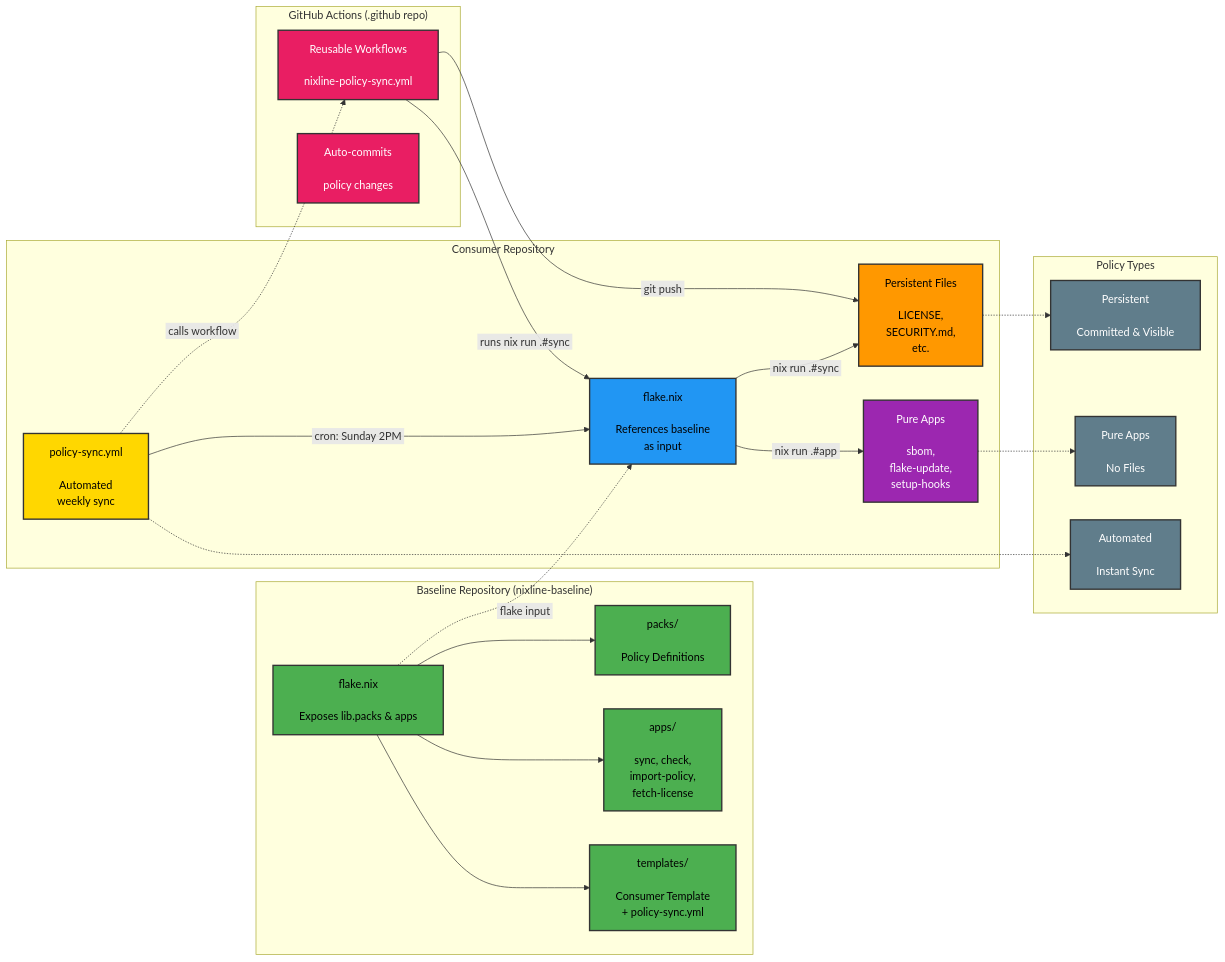
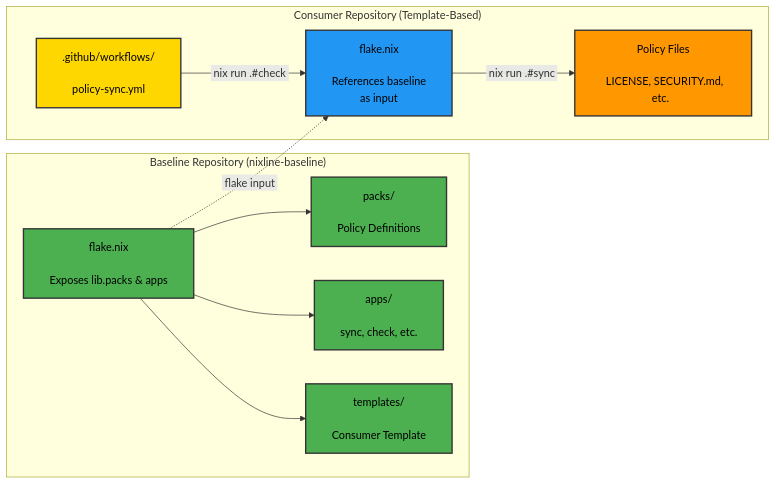
One commit to NixLine-org/nixline-baseline changed the first of 2 diagrams in README.md. Above: the diagram before and after it, drawn with Mermaid. The commit also changed other lines of this file, not shown here.

````diff
--- a/README.md
+++ b/README.md
@@ -48,55 +85,30 @@
 ```mermaid
 graph LR
     subgraph baseline["&nbsp;&nbsp;&nbsp;&nbsp;Baseline Repository (nixline-baseline)&nbsp;&nbsp;&nbsp;&nbsp;"]
         B1["&nbsp;&nbsp;flake.nix&nbsp;&nbsp;<br/>&nbsp;<br/>&nbsp;&nbsp;Exposes lib.packs & apps&nbsp;&nbsp;"]
         B2["&nbsp;&nbsp;packs/&nbsp;&nbsp;<br/>&nbsp;<br/>&nbsp;&nbsp;Policy Definitions&nbsp;&nbsp;"]
-        B3["&nbsp;&nbsp;apps/&nbsp;&nbsp;<br/>&nbsp;<br/>&nbsp;&nbsp;sync, check,&nbsp;&nbsp;<br/>&nbsp;&nbsp;import-policy,&nbsp;&nbsp;<br/>&nbsp;&nbsp;fetch-license&nbsp;&nbsp;"]
-        B4["&nbsp;&nbsp;templates/&nbsp;&nbsp;<br/>&nbsp;<br/>&nbsp;&nbsp;Consumer Template&nbsp;&nbsp;<br/>&nbsp;&nbsp;+ policy-sync.yml&nbsp;&nbsp;"]
+        B3["&nbsp;&nbsp;apps/&nbsp;&nbsp;<br/>&nbsp;<br/>&nbsp;&nbsp;sync, check, etc.&nbsp;&nbsp;"]
+        B4["&nbsp;&nbsp;templates/&nbsp;&nbsp;<br/>&nbsp;<br/>&nbsp;&nbsp;Consumer Template&nbsp;&nbsp;"]
         B1 --> B2
         B1 --> B3
         B1 --> B4
     end
 
-    subgraph consumer["&nbsp;&nbsp;&nbsp;&nbsp;Consumer Repository&nbsp;&nbsp;&nbsp;&nbsp;"]
+    subgraph consumer["&nbsp;&nbsp;&nbsp;&nbsp;Consumer Repository (Template-Based)&nbsp;&nbsp;&nbsp;&nbsp;"]
         C1["&nbsp;&nbsp;flake.nix&nbsp;&nbsp;<br/>&nbsp;<br/>&nbsp;&nbsp;References baseline&nbsp;&nbsp;<br/>&nbsp;&nbsp;as input&nbsp;&nbsp;"]
-        C2["&nbsp;&nbsp;Persistent Files&nbsp;&nbsp;<br/>&nbsp;<br/>&nbsp;&nbsp;LICENSE,&nbsp;&nbsp;<br/>&nbsp;&nbsp;SECURITY.md,&nbsp;&nbsp;<br/>&nbsp;&nbsp;etc.&nbsp;&nbsp;"]
-        C3["&nbsp;&nbsp;Pure Apps&nbsp;&nbsp;<br/>&nbsp;<br/>&nbsp;&nbsp;sbom,&nbsp;&nbsp;<br/>&nbsp;&nbsp;flake-update,&nbsp;&nbsp;<br/>&nbsp;&nbsp;setup-hooks&nbsp;&nbsp;"]
-        C4["&nbsp;&nbsp;policy-sync.yml&nbsp;&nbsp;<br/>&nbsp;<br/>&nbsp;&nbsp;Automated&nbsp;&nbsp;<br/>&nbsp;&nbsp;weekly sync&nbsp;&nbsp;"]
-    end
-
-    subgraph actions["&nbsp;&nbsp;&nbsp;&nbsp;GitHub Actions (.github repo)&nbsp;&nbsp;&nbsp;&nbsp;"]
-        G1["&nbsp;&nbsp;Reusable Workflows&nbsp;&nbsp;<br/>&nbsp;<br/>&nbsp;&nbsp;nixline-policy-sync.yml&nbsp;&nbsp;"]
-        G2["&nbsp;&nbsp;Auto-commits&nbsp;&nbsp;<br/>&nbsp;<br/>&nbsp;&nbsp;policy changes&nbsp;&nbsp;"]
-    end
-
-    subgraph types["&nbsp;&nbsp;&nbsp;&nbsp;Policy Types&nbsp;&nbsp;&nbsp;&nbsp;"]
-        P1["&nbsp;&nbsp;Persistent&nbsp;&nbsp;<br/>&nbsp;<br/>&nbsp;&nbsp;Committed & Visible&nbsp;&nbsp;"]
-        P2["&nbsp;&nbsp;Pure Apps&nbsp;&nbsp;<br/>&nbsp;<br/>&nbsp;&nbsp;No Files&nbsp;&nbsp;"]
-        P3["&nbsp;&nbsp;Automated&nbsp;&nbsp;<br/>&nbsp;<br/>&nbsp;&nbsp;Instant Sync&nbsp;&nbsp;"]
+        C2["&nbsp;&nbsp;Policy Files&nbsp;&nbsp;<br/>&nbsp;<br/>&nbsp;&nbsp;LICENSE, SECURITY.md, etc.&nbsp;&nbsp;"]
+        C4["&nbsp;&nbsp;.github/workflows/&nbsp;&nbsp;<br/>&nbsp;<br/>&nbsp;&nbsp;policy-sync.yml&nbsp;&nbsp;"]
     end
 
     B1 -.->|"&nbsp;flake input&nbsp;"| C1
     C1 -->|"&nbsp;nix run .#sync&nbsp;"| C2
-    C1 -->|"&nbsp;nix run .#app&nbsp;"| C3
-    C4 -->|"&nbsp;cron: Sunday 2PM&nbsp;"| C1
-    C4 -.->|"&nbsp;calls workflow&nbsp;"| G1
-    G1 -->|"&nbsp;runs nix run .#sync&nbsp;"| C1
-    G1 -->|"&nbsp;git push&nbsp;"| C2
-    C2 -.-> P1
-    C3 -.-> P2
-    C4 -.-> P3
+    C4 -->|"&nbsp;nix run .#check&nbsp;"| C1
 
     style B1 fill:#4CAF50,color:#000000,stroke:#333,stroke-width:2px
     style B2 fill:#4CAF50,color:#000000,stroke:#333,stroke-width:2px
     style B3 fill:#4CAF50,color:#000000,stroke:#333,stroke-width:2px
     style B4 fill:#4CAF50,color:#000000,stroke:#333,stroke-width:2px
     style C1 fill:#2196F3,color:#000000,stroke:#333,stroke-width:2px
     style C2 fill:#FF9800,color:#000000,stroke:#333,stroke-width:2px
-    style C3 fill:#9C27B0,color:#FFFFFF,stroke:#333,stroke-width:2px
     style C4 fill:#FFD700,color:#000000,stroke:#333,stroke-width:2px
-    style G1 fill:#E91E63,color:#FFFFFF,stroke:#333,stroke-width:2px
-    style G2 fill:#E91E63,color:#FFFFFF,stroke:#333,stroke-width:2px
-    style P1 fill:#607D8B,color:#FFFFFF,stroke:#333,stroke-width:2px
-    style P2 fill:#607D8B,color:#FFFFFF,stroke:#333,stroke-width:2px
-    style P3 fill:#607D8B,color:#FFFFFF,stroke:#333,stroke-width:2px
 ```
````
